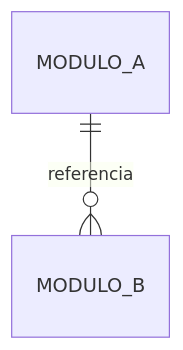
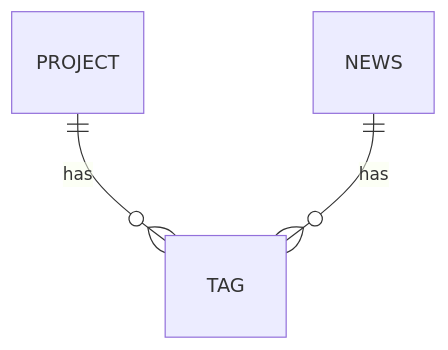
One commit to David-Peralta-Rd/MiniDts-Hub changed the diagram in docs/data/OVERVIEW.md. Above: the diagram before and after it, drawn with Mermaid. The commit also changed other lines of this file and 61 other files, not shown here.

````diff
--- a/docs/data/OVERVIEW.md
+++ b/docs/data/OVERVIEW.md
@@ -3,4 +3,5 @@
 ```mermaid
 erDiagram
-  MODULO_A ||--o{ MODULO_B : referencia
+  PROJECT ||--o{ TAG : has
+  NEWS ||--o{ TAG : has
 ```
````
